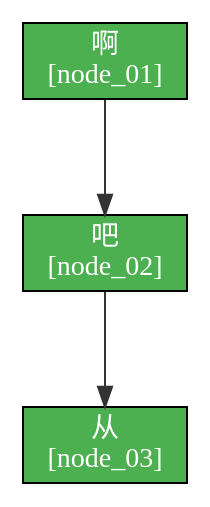
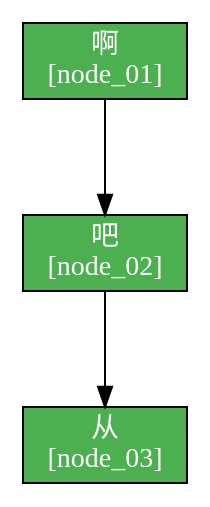
One commit to dqqql/DND_ASSIST changed the diagram in data/campaigns/矿坑/notes/cs.dot. Above: the diagram before and after it, drawn with Graphviz. The commit also changed 15 other files, not shown here.

```diff
--- a/data/campaigns/矿坑/notes/cs.dot
+++ b/data/campaigns/矿坑/notes/cs.dot
@@ -1,17 +1,17 @@
 digraph Story {
     rankdir=TB;
     splines=ortho;
     nodesep=0.6;
     ranksep=0.8;
 
     node [shape=box, style=filled, fontcolor=white, fontname="Microsoft YaHei"];
     edge [fontname="Microsoft YaHei"];
 
     "node_01" [label="啊\n[node_01]", fillcolor="#4CAF50", border="none"];
     "node_02" [label="吧\n[node_02]", fillcolor="#4CAF50", border="none"];
     "node_03" [label="从\n[node_03]", fillcolor="#4CAF50", border="none"];
 
-    "node_01" -> "node_02" [color="#333333"];
-    "node_02" -> "node_03" [color="#333333"];
+    "node_01" -> "node_02";
+    "node_02" -> "node_03";
 
 }
```
